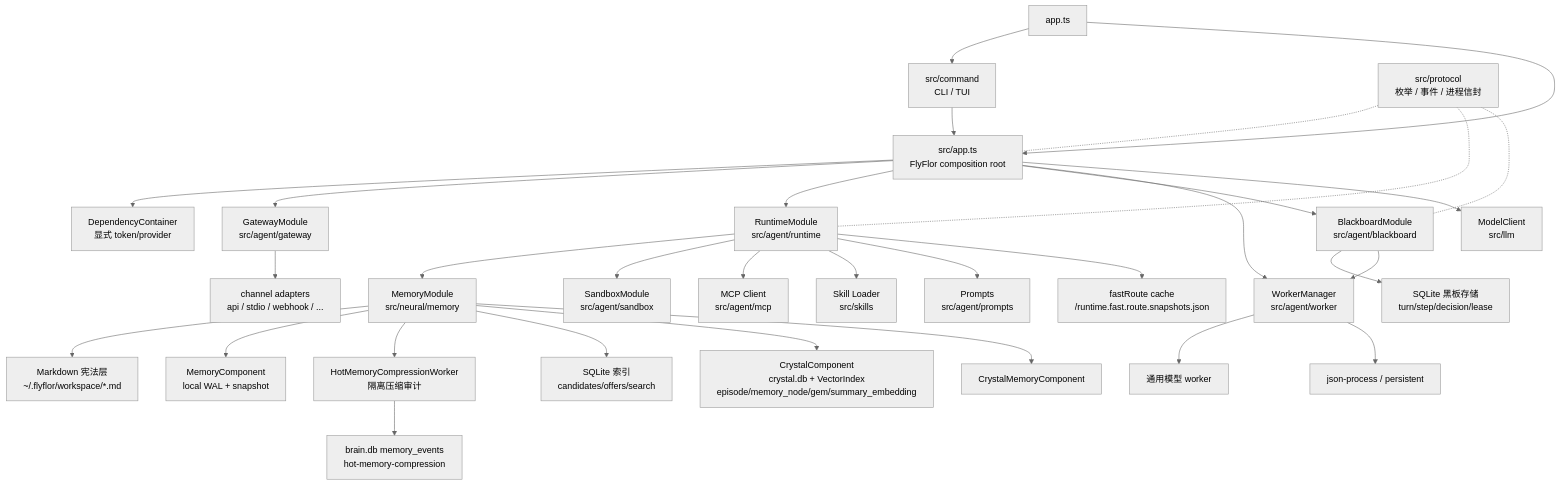
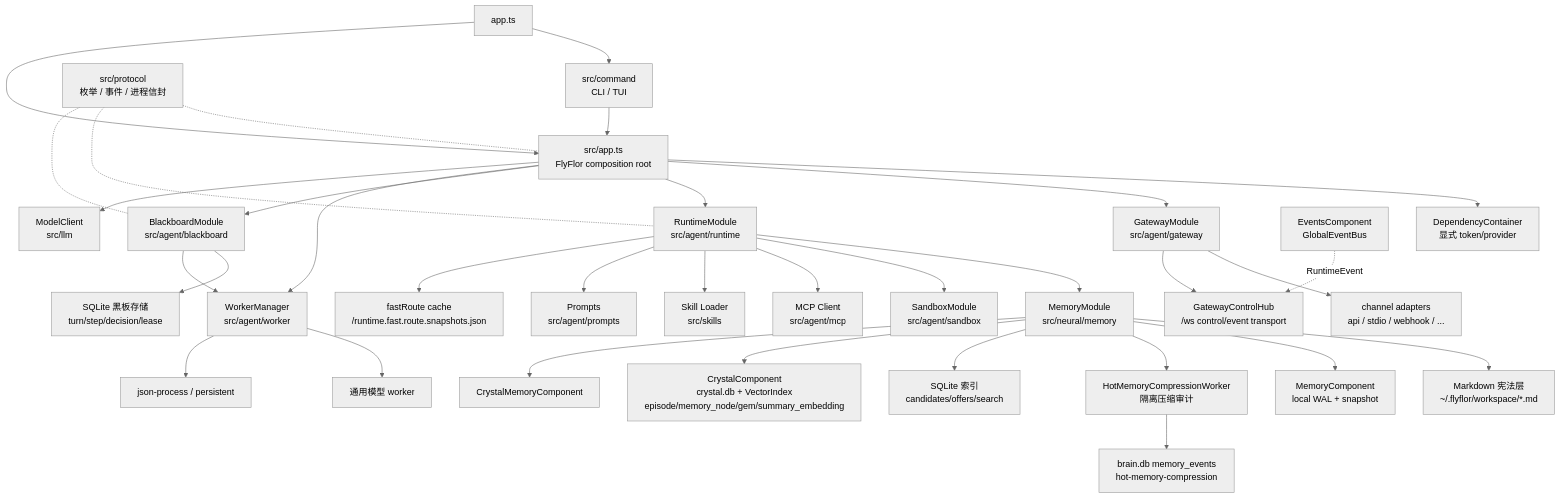
Before and after one commit to flyflor/flyflor: the first of 3 diagrams in docs/architecture.md, drawn with Mermaid (neutral theme). The commit also changed other lines of this file and 17 other files, not shown here.

Commit message:
add gateway control websocket transport

````diff
--- a/docs/architecture.md
+++ b/docs/architecture.md
@@ -29,39 +29,41 @@
 ```mermaid
 flowchart TB
     Entry["app.ts"] --> Command["src/command<br/>CLI / TUI"]
     Entry --> AppRoot["src/app.ts<br/>FlyFlor composition root"]
     Command --> AppRoot
     AppRoot --> Container["DependencyContainer<br/>显式 token/provider"]
 
     AppRoot --> Gateway["GatewayModule<br/>src/agent/gateway"]
     AppRoot --> Runtime["RuntimeModule<br/>src/agent/runtime"]
     AppRoot --> Blackboard["BlackboardModule<br/>src/agent/blackboard"]
     AppRoot --> Workers["WorkerManager<br/>src/agent/worker"]
     AppRoot --> Model["ModelClient<br/>src/llm"]
 
     Runtime --> Memory["MemoryModule<br/>src/neural/memory"]
     Runtime --> Sandbox["SandboxModule<br/>src/agent/sandbox"]
     Runtime --> MCP["MCP Client<br/>src/agent/mcp"]
     Runtime --> Skills["Skill Loader<br/>src/skills"]
     Runtime --> Prompts["Prompts<br/>src/agent/prompts"]
     Runtime --> FastRouteCache["fastRoute cache<br/><cacheDir>/runtime.fast.route.snapshots.json"]
 
     Memory --> Markdown["Markdown 宪法层<br/>~/.flyflor/workspace/*.md"]
     Memory --> Working["MemoryComponent<br/>local WAL + snapshot"]
     Memory --> HotCompression["HotMemoryCompressionWorker<br/>隔离压缩审计"]
     Memory --> SQLite["SQLite 索引<br/>candidates/offers/search"]
     Memory --> Graph["CrystalComponent<br/>crystal.db + VectorIndex<br/>episode/memory_node/gem/summary_embedding"]
     Memory --> Crystal["CrystalMemoryComponent"]
     HotCompression --> SQLiteBrain["brain.db memory_events<br/>hot-memory-compression"]
 
     Blackboard --> BlackboardSqlite["SQLite 黑板存储<br/>turn/step/decision/lease"]
     Blackboard --> Workers
     Workers --> ModelWorker["通用模型 worker"]
     Workers --> JsonProcess["json-process / persistent"]
 
     Gateway --> Channels["channel adapters<br/>api / stdio / webhook / ..."]
+    Gateway --> ControlWs["GatewayControlHub<br/>/ws control/event transport"]
+    Events["EventsComponent<br/>GlobalEventBus"] -. RuntimeEvent .-> ControlWs
 
     Protocol["src/protocol<br/>枚举 / 事件 / 进程信封"] -.- AppRoot
     Protocol -.- Runtime
     Protocol -.- Blackboard
 ```
````
